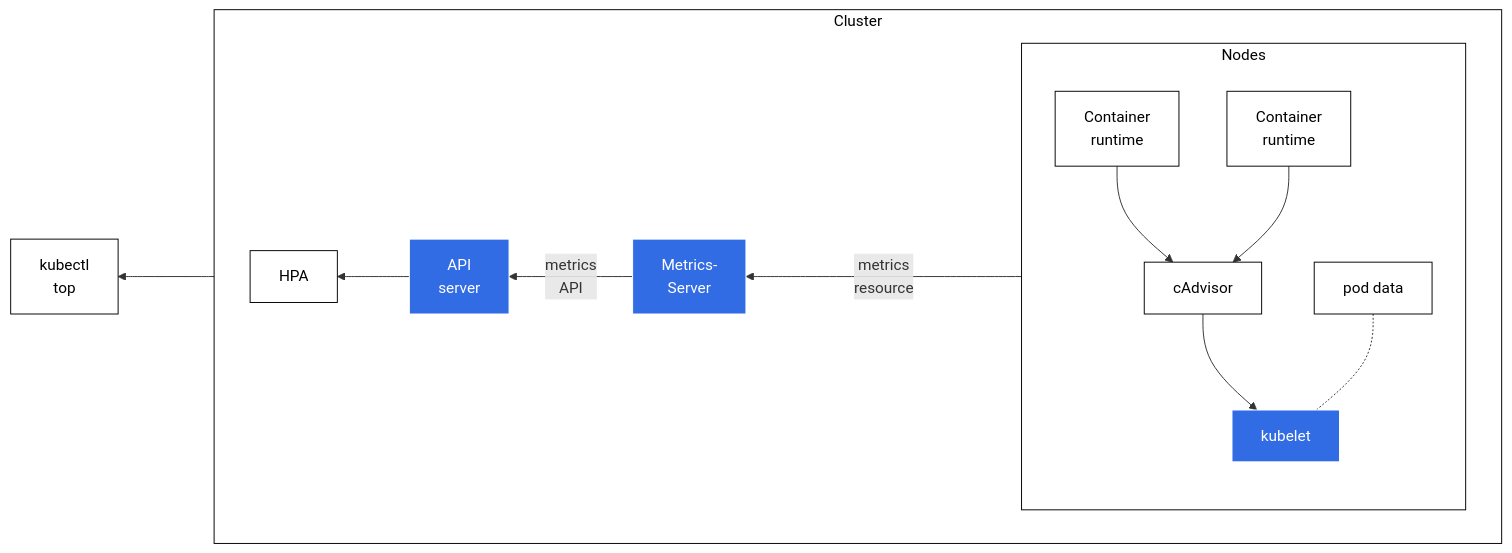
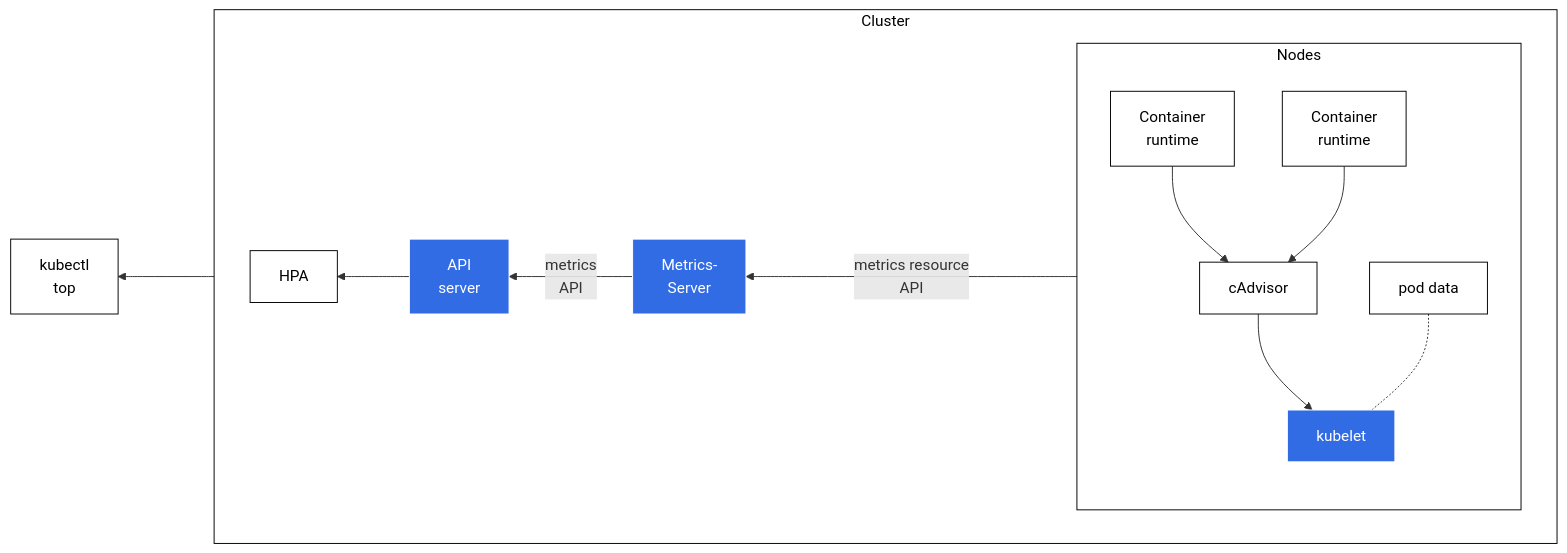
The diagram in content/en/docs/tasks/debug/debug-cluster/resource-metrics-pipeline.md (kubernetes/website), drawn with Mermaid before and after one commit. The commit also changed other lines of this file, not shown here.

Commit message:
Update Summary API to metrics resource API

```diff
--- a/content/en/docs/tasks/debug/debug-cluster/resource-metrics-pipeline.md
+++ b/content/en/docs/tasks/debug/debug-cluster/resource-metrics-pipeline.md
@@ -38,25 +38,25 @@
 {{< mermaid >}}
 flowchart RL
 subgraph cluster[Cluster]
 direction RL
 S[ <br><br> ]
 A[Metrics-<br>Server]
 subgraph B[Nodes]
 direction TB
 D[cAdvisor] --> C[kubelet]
 E[Container<br>runtime] --> D
 E1[Container<br>runtime] --> D
 P[pod data] -.- C
 end
 L[API<br>server]
 W[HPA]
-C ---->|metrics<br>resource| A -->|metrics<br>API| L --> W
+C ---->|metrics resource<br>API| A -->|metrics<br>API| L --> W
 end
 L ---> K[kubectl<br>top]
 classDef box fill:#fff,stroke:#000,stroke-width:1px,color:#000;
 class W,B,P,K,cluster,D,E,E1 box
 classDef spacewhite fill:#ffffff,stroke:#fff,stroke-width:0px,color:#000
 class S spacewhite
 classDef k8s fill:#326ce5,stroke:#fff,stroke-width:1px,color:#fff;
 class A,L,C k8s
 {{< /mermaid >}}
```
